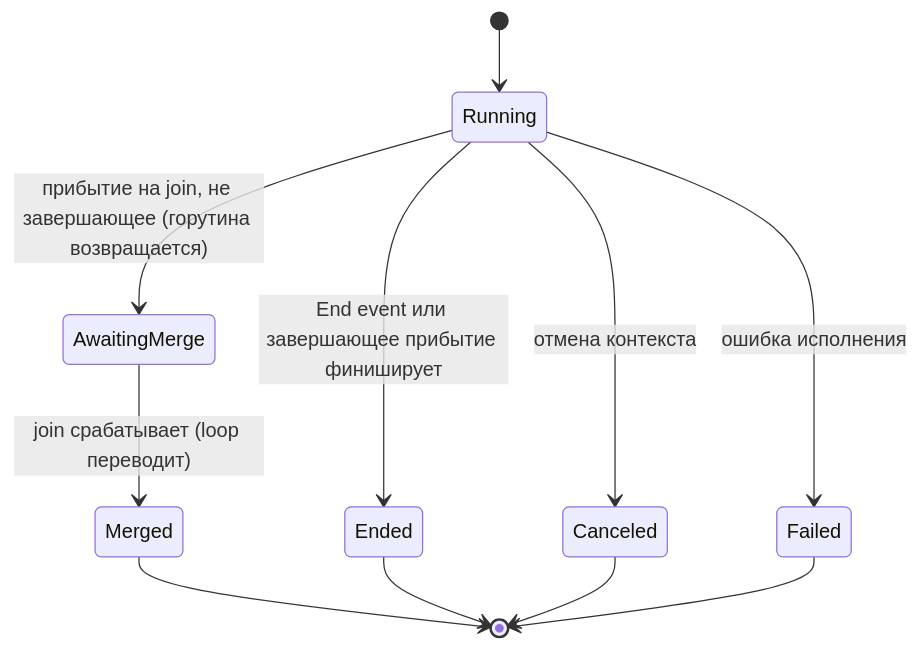
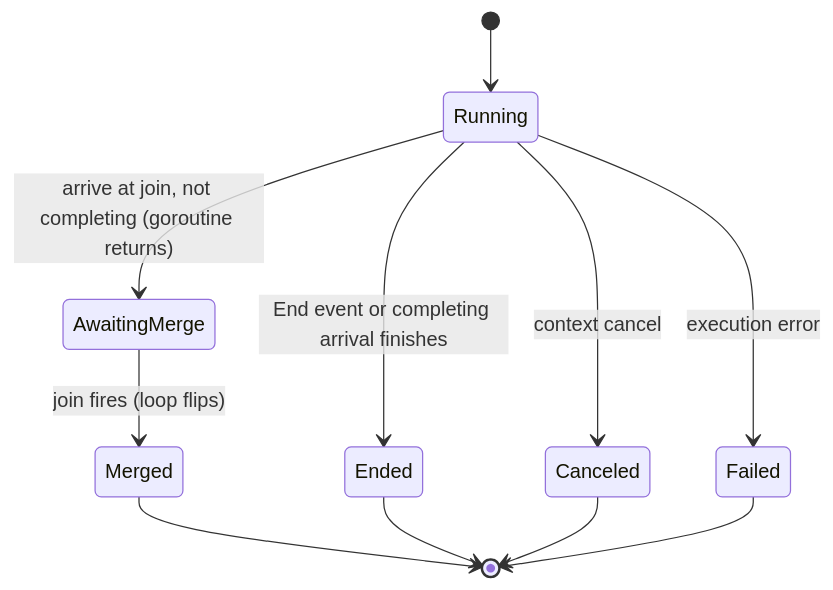
Before and after one commit to dr-dobermann/gobpm: the third of 3 diagrams in docs/design/ADR-005-gateways-and-joins.ru.md, drawn with Mermaid. The commit also changed other lines of this file and 11 other files, not shown here.

````diff
--- a/docs/design/ADR-005-gateways-and-joins.ru.md
+++ b/docs/design/ADR-005-gateways-and-joins.ru.md
@@ -240,13 +247,13 @@
 ```mermaid
 stateDiagram-v2
     [*] --> Running
-    Running --> AwaitingMerge: прибытие на join, не завершающее (горутина возвращается)
-    Running --> Ended: End event или завершающее прибытие финиширует
-    Running --> Canceled: отмена контекста
-    Running --> Failed: ошибка исполнения
-    AwaitingMerge --> Merged: join срабатывает (loop переводит)
+    Running --> AwaitingMerge: arrive at join, not completing (goroutine returns)
+    Running --> Ended: End event or completing arrival finishes
+    Running --> Canceled: context cancel
+    Running --> Failed: execution error
+    AwaitingMerge --> Merged: join fires (loop flips)
     Merged --> [*]
     Ended --> [*]
     Canceled --> [*]
     Failed --> [*]
 ```
````
